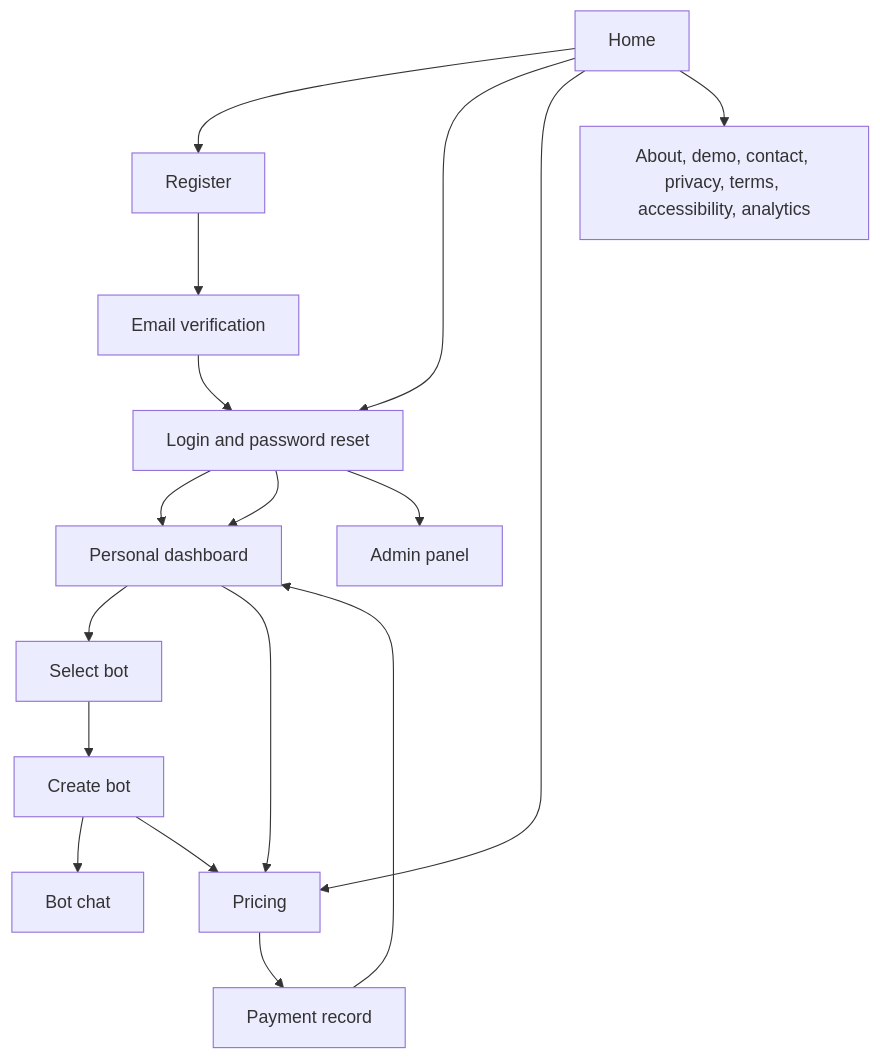
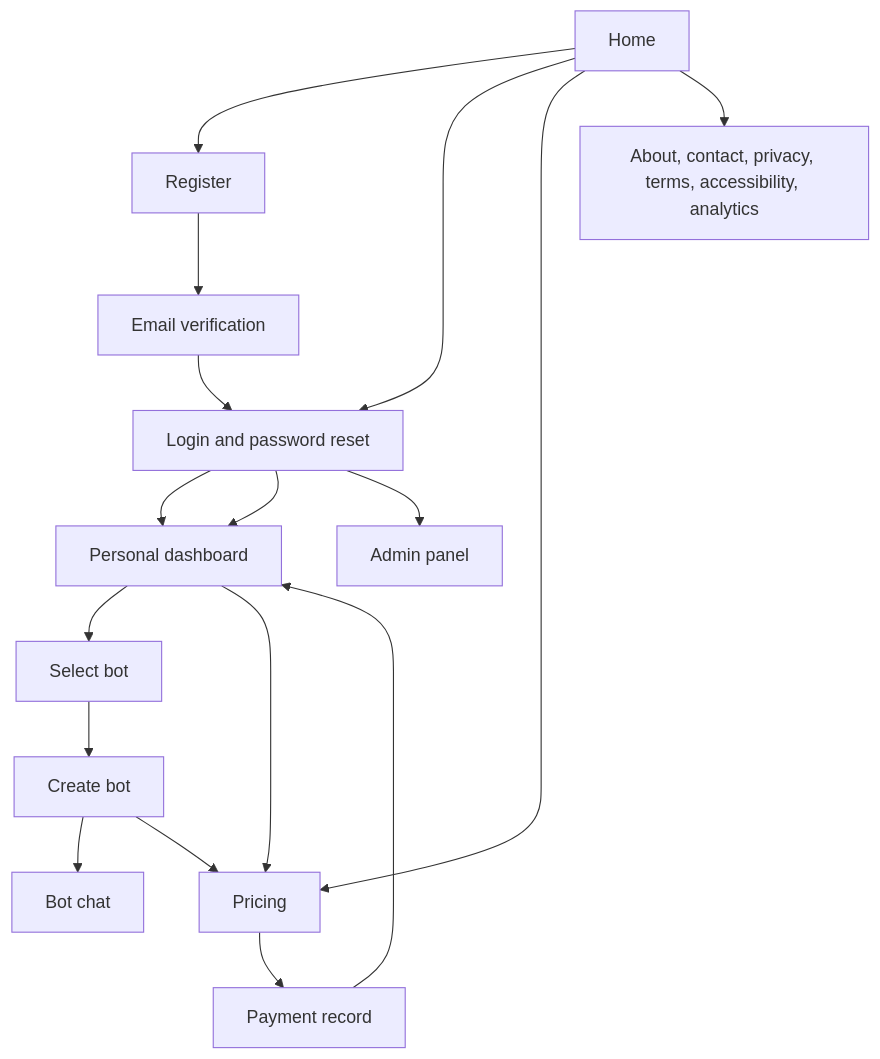
The first of 2 diagrams in server/docs/project-design.md (ruti058327-creator/botify), drawn with Mermaid before and after one commit. The commit also changed 24 other files, not shown here.

First line of the commit message:
feat: add registration form with OTP verification and validation schemas

````diff
--- a/server/docs/project-design.md
+++ b/server/docs/project-design.md
@@ -5,27 +5,27 @@
 ```mermaid
 flowchart TD
     Home[Home]
     Register[Register]
     Verify[Email verification]
     Login[Login and password reset]
     Dashboard[Personal dashboard]
     SelectBot[Select bot]
     CreateBot[Create bot]
     Chat[Bot chat]
     Pricing[Pricing]
     Payment[Payment record]
     Admin[Admin panel]
-    PublicPages[About, demo, contact, privacy, terms, accessibility, analytics]
+    PublicPages[About, contact, privacy, terms, accessibility, analytics]
 
     Home --> Register
     Home --> Login
     Home --> Pricing
     Home --> PublicPages
     Register --> Verify --> Login --> Dashboard
     Login --> Dashboard
     Login --> Admin
     Dashboard --> SelectBot --> CreateBot
     CreateBot --> Chat
     CreateBot --> Pricing --> Payment --> Dashboard
     Dashboard --> Pricing
 ```
````
